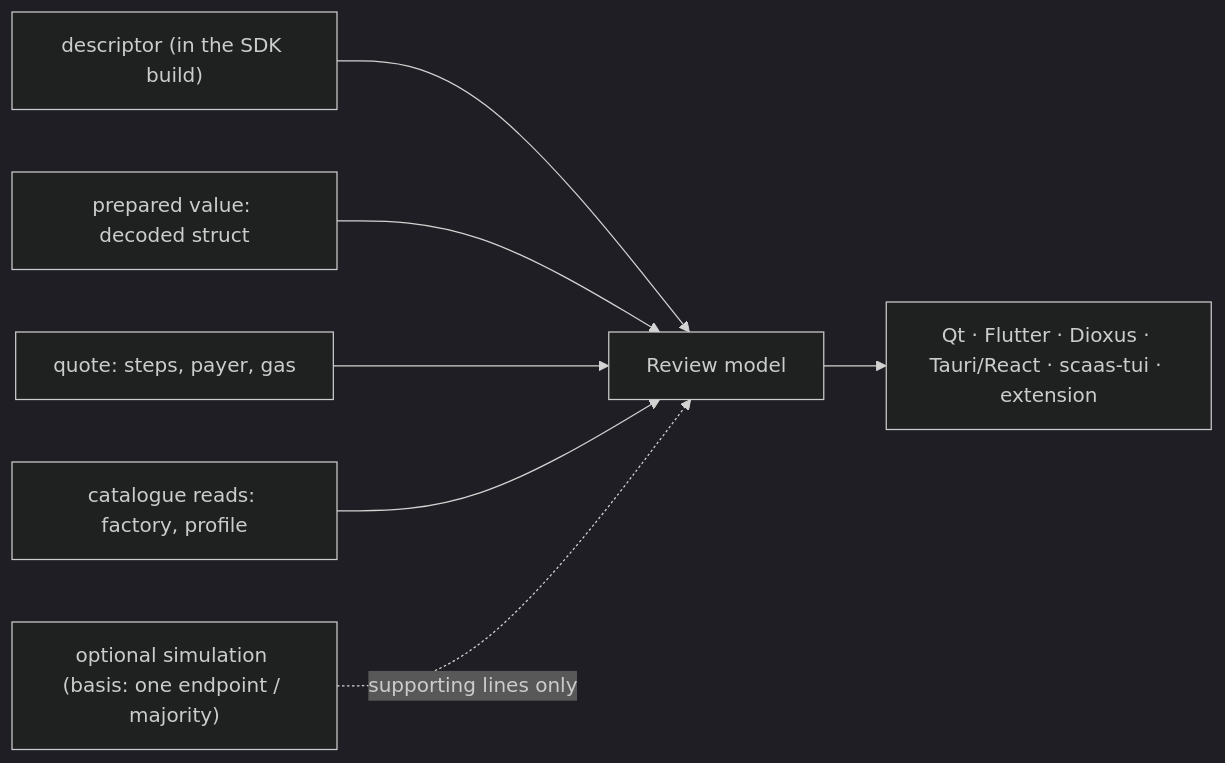
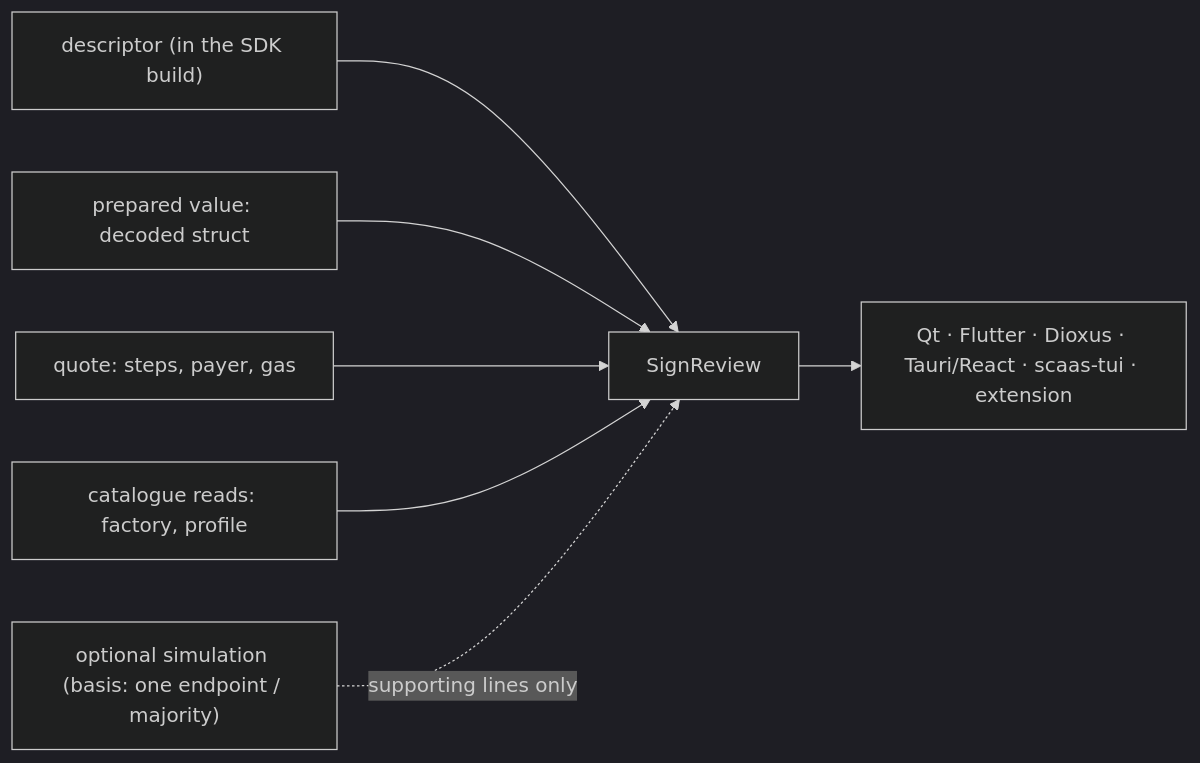
The diagram in docs/research/2026-11-27-clear-signing.md (dinhduongha/scaas), drawn with Mermaid (dark theme) before and after one commit. The commit also changed other lines of this file and 2 other files, not shown here.

First line of the commit message:
docs: the SDK's review model is named SignReview; built after the pre-freeze tag (CLI-SDK-35, owner 2026-11-27)

````diff
--- a/docs/research/2026-11-27-clear-signing.md
+++ b/docs/research/2026-11-27-clear-signing.md
@@ -303,9 +303,9 @@
 ```mermaid
 flowchart LR
-  D["descriptor (in the SDK build)"] --> R["Review model"]
+  D["descriptor (in the SDK build)"] --> R["SignReview"]
   P["prepared value: decoded struct"] --> R
   Q["quote: steps, payer, gas"] --> R
   C["catalogue reads: factory, profile"] --> R
   S["optional simulation (basis: one endpoint / majority)"] -.->|"supporting lines only"| R
   R --> F["Qt · Flutter · Dioxus · Tauri/React · scaas-tui · extension"]
 ```
````
